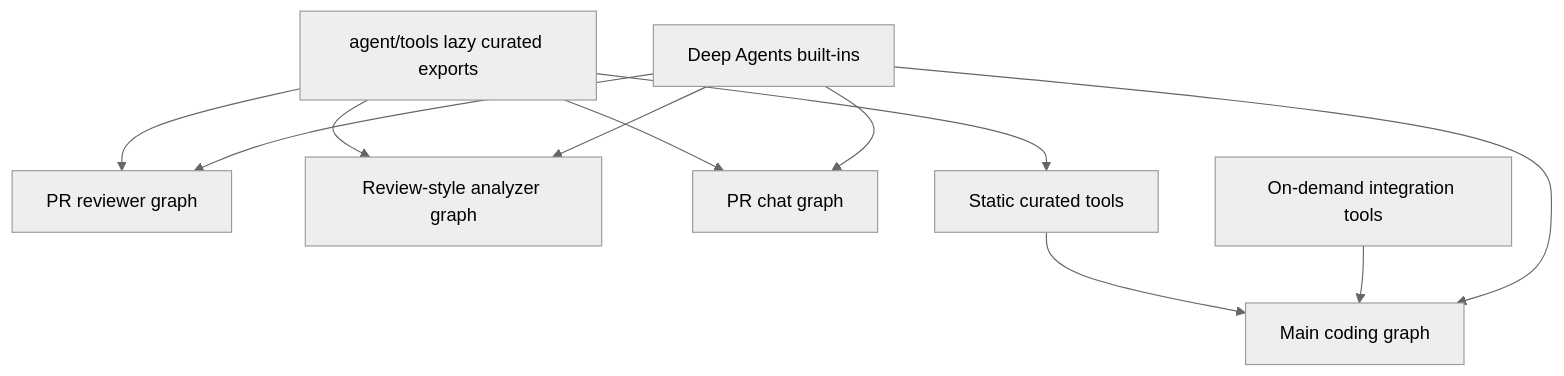
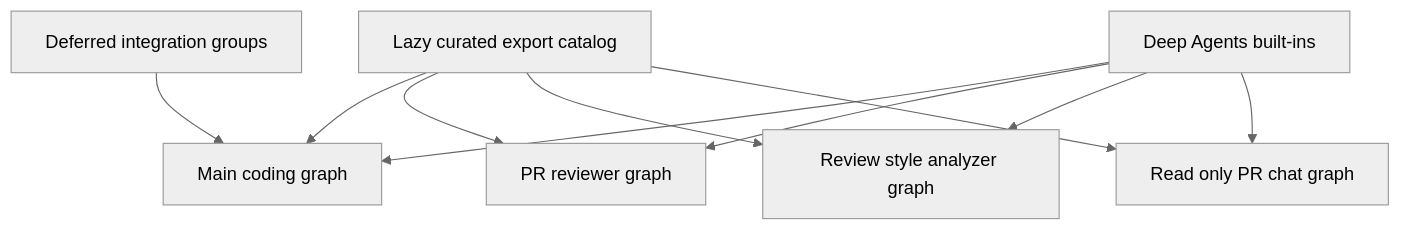
One commit to langchain-ai/open-swe changed the diagram in openwiki/concepts/tools.md. Above: the diagram before and after it, drawn with Mermaid (neutral theme). The commit also changed other lines of this file and 21 other files, not shown here.

````diff
--- a/openwiki/concepts/tools.md
+++ b/openwiki/concepts/tools.md
@@ -79,22 +45,20 @@
 ```mermaid
 flowchart TD
-    Package["agent/tools lazy curated exports"]
+    Catalog["Lazy curated export catalog"]
     Builtins["Deep Agents built-ins"]
     Main["Main coding graph"]
-    Reviewer["PR reviewer graph"]
-    Analyzer["Review-style analyzer graph"]
-    Chat["PR chat graph"]
-    Static["Static curated tools"]
-    Dynamic["On-demand integration tools"]
+    Review["PR reviewer graph"]
+    Analyze["Review style analyzer graph"]
+    Chat["Read only PR chat graph"]
+    Deferred["Deferred integration groups"]
 
-    Package --> Static
-    Static --> Main
-    Dynamic --> Main
-    Package --> Reviewer
-    Package --> Analyzer
-    Package --> Chat
+    Catalog --> Main
+    Catalog --> Review
+    Catalog --> Analyze
+    Catalog --> Chat
     Builtins --> Main
-    Builtins --> Reviewer
-    Builtins --> Analyzer
+    Builtins --> Review
+    Builtins --> Analyze
     Builtins --> Chat
+    Deferred --> Main
 ```
````
